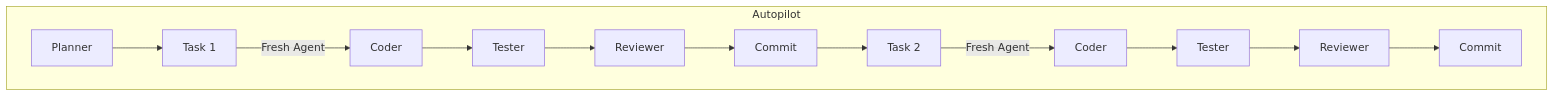
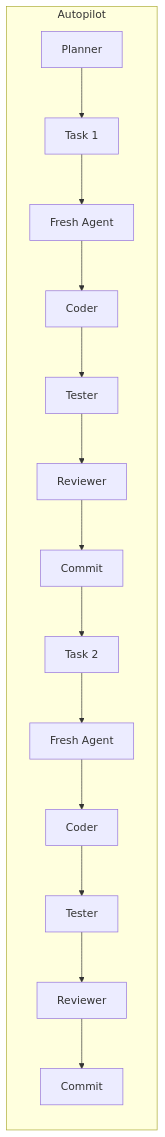
Before and after one commit to Ellevated/dld: the diagram in README.md, drawn with Mermaid. The commit also changed other lines of this file, not shown here.

First line of the commit message:
docs(readme): fix Mermaid diagram and improve workflow description

````diff
--- a/README.md
+++ b/README.md
@@ -131,15 +100,17 @@
 ```mermaid
-flowchart TD
+flowchart LR
     subgraph Autopilot
-        P[Planner] --> C1[Task 1]
-        C1 --> |Fresh Agent| CO1[Coder]
+        P[Planner] --> T1[Task 1]
+        T1 --> F1[Fresh Agent]
+        F1 --> CO1[Coder]
         CO1 --> TE1[Tester]
         TE1 --> RE1[Reviewer]
         RE1 --> CM1[Commit]
-        CM1 --> C2[Task 2]
-        C2 --> |Fresh Agent| CO2[Coder]
+        CM1 --> T2[Task 2]
+        T2 --> F2[Fresh Agent]
+        F2 --> CO2[Coder]
         CO2 --> TE2[Tester]
         TE2 --> RE2[Reviewer]
         RE2 --> CM2[Commit]
     end
 ```
````
